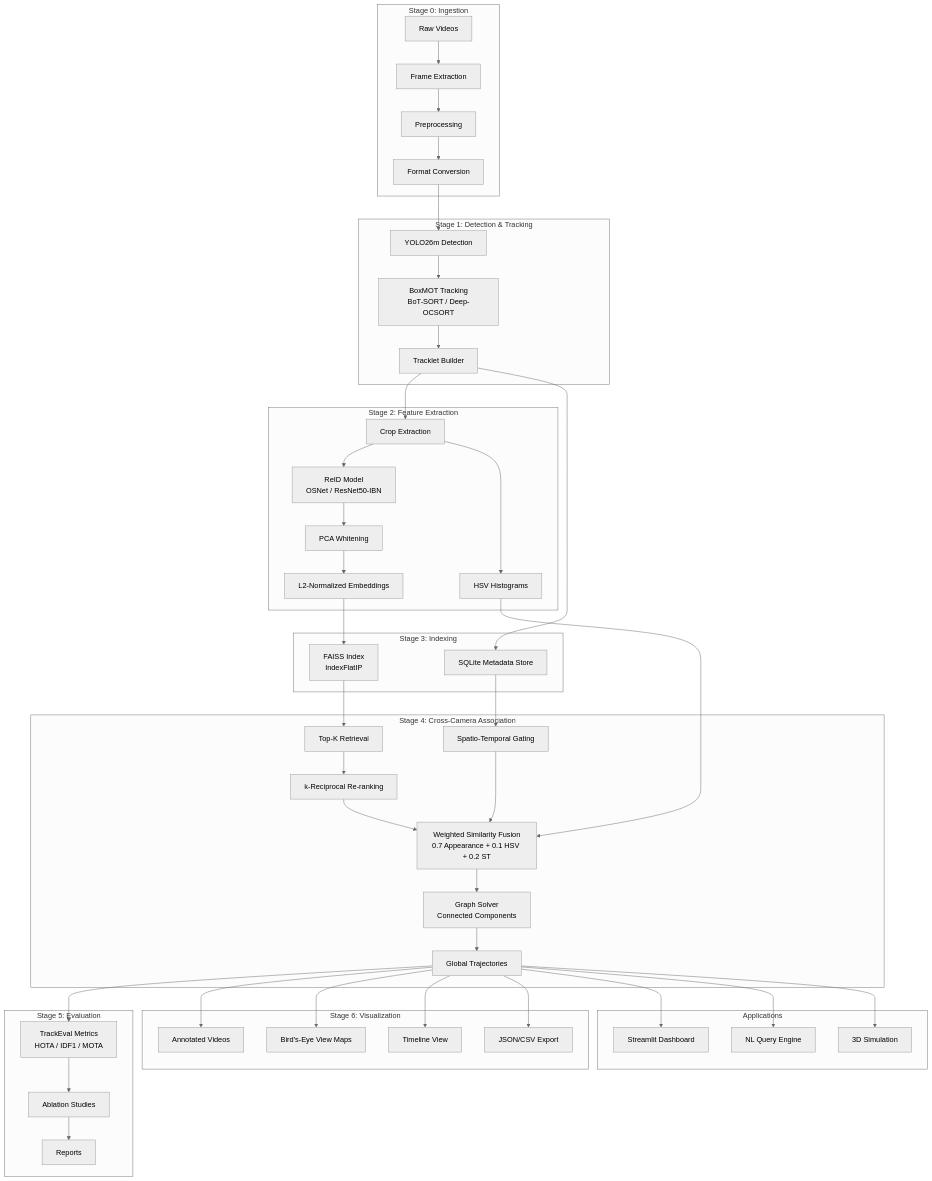
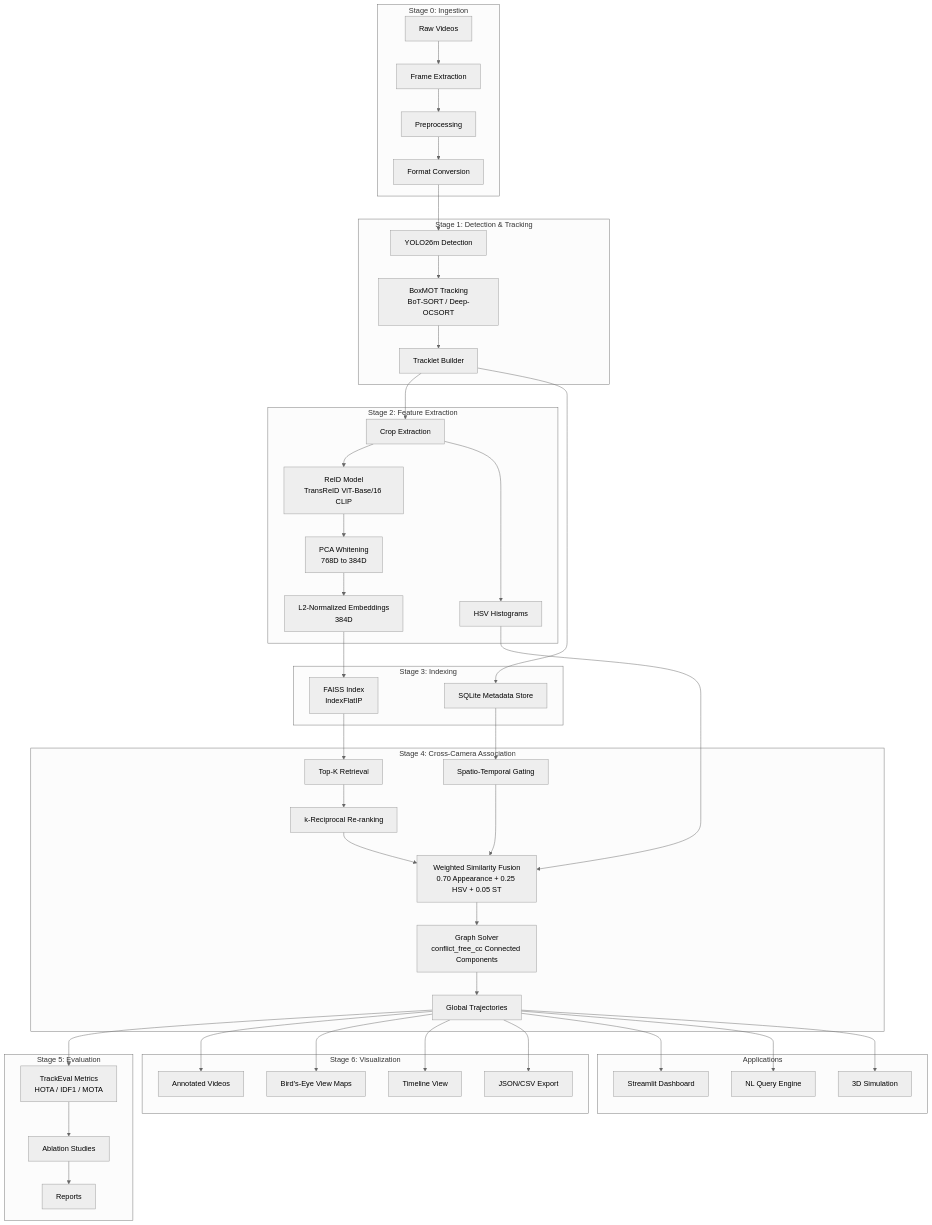
Before and after one commit to MRKDaGods/gp: the diagram in docs/architecture.md, drawn with Mermaid (neutral theme). The commit also changed other lines of this file and 78 other files, not shown here.

````diff
--- a/docs/architecture.md
+++ b/docs/architecture.md
@@ -13,57 +13,57 @@
 ```mermaid
 flowchart TD
     subgraph Stage0["Stage 0: Ingestion"]
         V[Raw Videos] --> FE[Frame Extraction]
         FE --> PP[Preprocessing]
         PP --> FC[Format Conversion]
     end
 
     subgraph Stage1["Stage 1: Detection & Tracking"]
         FC --> DET[YOLO26m Detection]
         DET --> TRK[BoxMOT Tracking<br/>BoT-SORT / Deep-OCSORT]
         TRK --> TB[Tracklet Builder]
     end
 
     subgraph Stage2["Stage 2: Feature Extraction"]
         TB --> CE[Crop Extraction]
-        CE --> REID[ReID Model<br/>OSNet / ResNet50-IBN]
+        CE --> REID[ReID Model<br/>TransReID ViT-Base/16 CLIP]
         CE --> HSV[HSV Histograms]
-        REID --> PCA[PCA Whitening]
-        PCA --> EMB[L2-Normalized Embeddings]
+        REID --> PCA[PCA Whitening<br/>768D to 384D]
+        PCA --> EMB[L2-Normalized Embeddings<br/>384D]
     end
 
     subgraph Stage3["Stage 3: Indexing"]
         EMB --> FAISS[FAISS Index<br/>IndexFlatIP]
         TB --> META[SQLite Metadata Store]
     end
 
     subgraph Stage4["Stage 4: Cross-Camera Association"]
         FAISS --> TOPK[Top-K Retrieval]
         META --> ST[Spatio-Temporal Gating]
         TOPK --> RR[k-Reciprocal Re-ranking]
-        RR --> SIM[Weighted Similarity Fusion<br/>0.7 Appearance + 0.1 HSV + 0.2 ST]
+        RR --> SIM[Weighted Similarity Fusion<br/>0.70 Appearance + 0.25 HSV + 0.05 ST]
         HSV --> SIM
         ST --> SIM
-        SIM --> GRAPH[Graph Solver<br/>Connected Components]
+        SIM --> GRAPH[Graph Solver<br/>conflict_free_cc Connected Components]
         GRAPH --> GT[Global Trajectories]
     end
 
     subgraph Stage5["Stage 5: Evaluation"]
         GT --> EVAL[TrackEval Metrics<br/>HOTA / IDF1 / MOTA]
         EVAL --> ABL[Ablation Studies]
         ABL --> RPT[Reports]
     end
 
     subgraph Stage6["Stage 6: Visualization"]
         GT --> VID[Annotated Videos]
         GT --> BEV[Bird's-Eye View Maps]
         GT --> TL[Timeline View]
         GT --> EXP[JSON/CSV Export]
     end
 
     subgraph Apps["Applications"]
         GT --> DASH[Streamlit Dashboard]
         GT --> NLQ[NL Query Engine]
         GT --> SIM3D[3D Simulation]
     end
 ```
````
